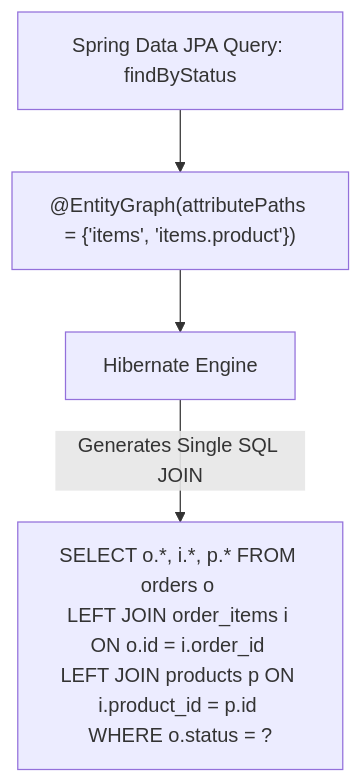
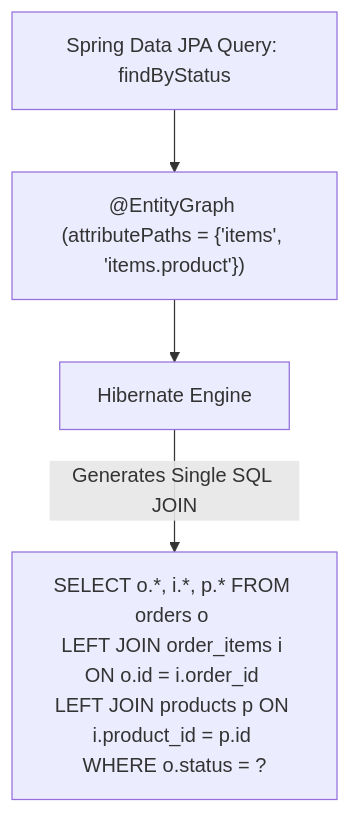
One commit to pploc/swe-icon-the-moment changed the diagram in content/questions/language/java/spring-data-jpa-entity-graph.md. Above: the diagram before and after it, drawn with Mermaid. The commit also changed 95 other files, not shown here.

Commit message:
fix: update the practice mode diagram bug not display

````diff
--- a/content/questions/language/java/spring-data-jpa-entity-graph.md
+++ b/content/questions/language/java/spring-data-jpa-entity-graph.md
@@ -22,8 +22,9 @@
 ```mermaid
 flowchart TD
-    Query["Spring Data JPA Query: findByStatus"] --> Graph["@EntityGraph(attributePaths = {'items', 'items.product'})"]
+    Query["Spring Data JPA Query: findByStatus"] --> Graph["@EntityGraph (attributePaths = {'items', 'items.product'})"]
     Graph --> Hibernate["Hibernate Engine"]
     Hibernate -->|Generates Single SQL JOIN| SQL["SELECT o.*, i.*, p.* FROM orders o \nLEFT JOIN order_items i ON o.id = i.order_id \nLEFT JOIN products p ON i.product_id = p.id \nWHERE o.status = ?"]
 
 
+
 ```
````
